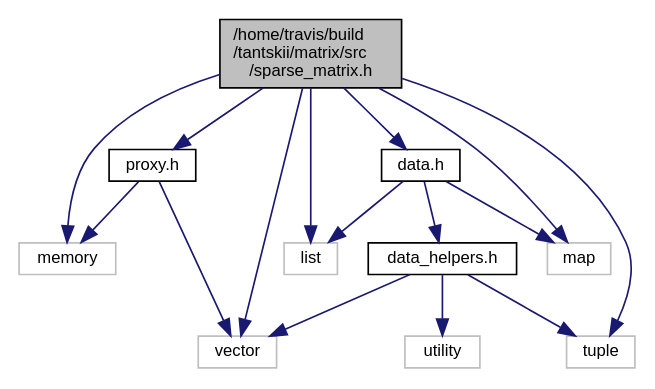
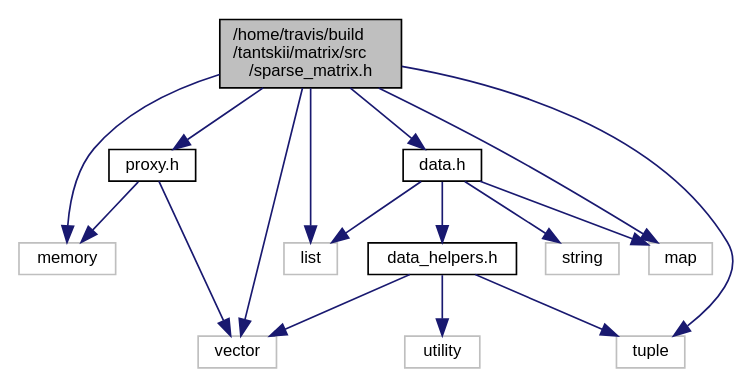
One commit to tantskii/matrix changed the diagram in sparse__matrix_8h__incl.dot. Above: the diagram before and after it, drawn with Graphviz. The commit also changed 96 other files, not shown here.

```diff
--- a/sparse__matrix_8h__incl.dot
+++ b/sparse__matrix_8h__incl.dot
@@ -1,30 +1,32 @@
 digraph "/home/travis/build/tantskii/matrix/src/sparse_matrix.h"
 {
   edge [fontname="Helvetica",fontsize="10",labelfontname="Helvetica",labelfontsize="10"];
   node [fontname="Helvetica",fontsize="10",shape=record];
   Node1 [label="/home/travis/build\l/tantskii/matrix/src\l/sparse_matrix.h",height=0.2,width=0.4,color="black", fillcolor="grey75", style="filled", fontcolor="black"];
   Node1 -> Node2 [color="midnightblue",fontsize="10",style="solid",fontname="Helvetica"];
   Node2 [label="proxy.h",height=0.2,width=0.4,color="black", fillcolor="white", style="filled",URL="$proxy_8h.html",tooltip="заголовочный класс, содержащий описание и реализацию прокси класса, который осуществляет чтение и доб..."];
   Node2 -> Node3 [color="midnightblue",fontsize="10",style="solid",fontname="Helvetica"];
   Node3 [label="memory",height=0.2,width=0.4,color="grey75", fillcolor="white", style="filled"];
   Node2 -> Node4 [color="midnightblue",fontsize="10",style="solid",fontname="Helvetica"];
   Node4 [label="vector",height=0.2,width=0.4,color="grey75", fillcolor="white", style="filled"];
   Node1 -> Node5 [color="midnightblue",fontsize="10",style="solid",fontname="Helvetica"];
   Node5 [label="data.h",height=0.2,width=0.4,color="black", fillcolor="white", style="filled",URL="$data_8h.html",tooltip="Заголовочный файл с описанием и реализацией класса, осуществляющего хранение данных разреженной матри..."];
   Node5 -> Node6 [color="midnightblue",fontsize="10",style="solid",fontname="Helvetica"];
   Node6 [label="data_helpers.h",height=0.2,width=0.4,color="black", fillcolor="white", style="filled",URL="$data__helpers_8h.html",tooltip="Данный заголовочный файл содержит вспомогательные функии класса Data<T, N> описанного в data..."];
   Node6 -> Node4 [color="midnightblue",fontsize="10",style="solid",fontname="Helvetica"];
   Node6 -> Node7 [color="midnightblue",fontsize="10",style="solid",fontname="Helvetica"];
   Node7 [label="tuple",height=0.2,width=0.4,color="grey75", fillcolor="white", style="filled"];
   Node6 -> Node8 [color="midnightblue",fontsize="10",style="solid",fontname="Helvetica"];
   Node8 [label="utility",height=0.2,width=0.4,color="grey75", fillcolor="white", style="filled"];
   Node5 -> Node9 [color="midnightblue",fontsize="10",style="solid",fontname="Helvetica"];
   Node9 [label="list",height=0.2,width=0.4,color="grey75", fillcolor="white", style="filled"];
   Node5 -> Node10 [color="midnightblue",fontsize="10",style="solid",fontname="Helvetica"];
   Node10 [label="map",height=0.2,width=0.4,color="grey75", fillcolor="white", style="filled"];
+  Node5 -> Node11 [color="midnightblue",fontsize="10",style="solid",fontname="Helvetica"];
+  Node11 [label="string",height=0.2,width=0.4,color="grey75", fillcolor="white", style="filled"];
   Node1 -> Node10 [color="midnightblue",fontsize="10",style="solid",fontname="Helvetica"];
   Node1 -> Node9 [color="midnightblue",fontsize="10",style="solid",fontname="Helvetica"];
   Node1 -> Node7 [color="midnightblue",fontsize="10",style="solid",fontname="Helvetica"];
   Node1 -> Node3 [color="midnightblue",fontsize="10",style="solid",fontname="Helvetica"];
   Node1 -> Node4 [color="midnightblue",fontsize="10",style="solid",fontname="Helvetica"];
 }
```
